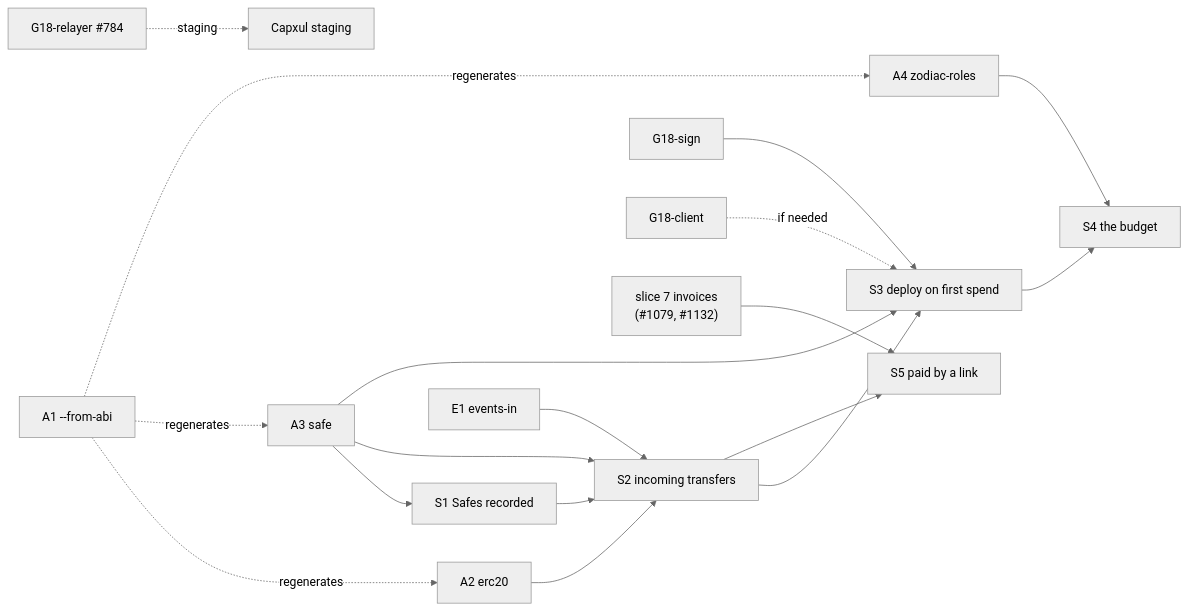
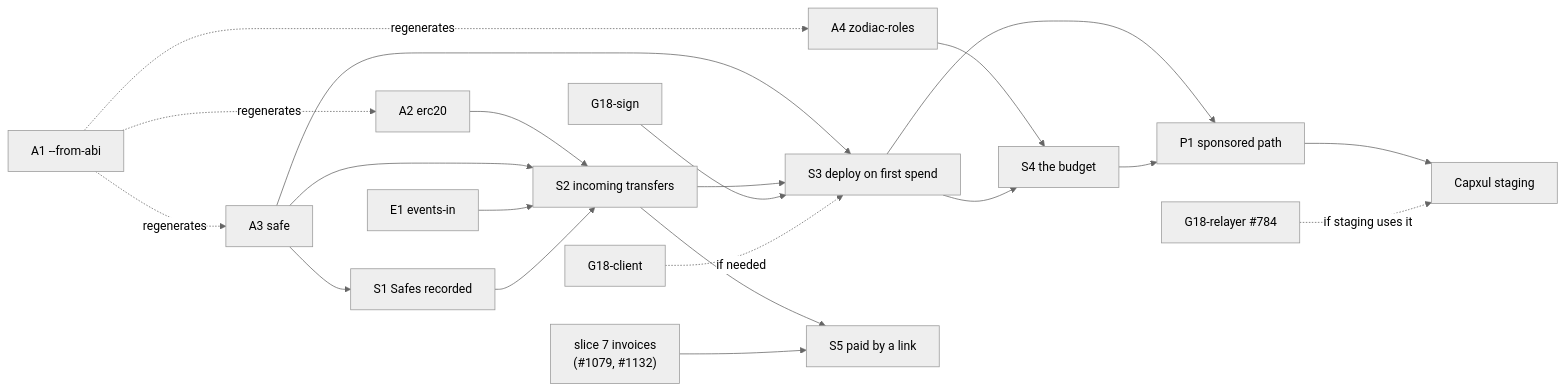
Before and after one commit to Open-Harness/architect: the diagram in design/decisions/CX-safe.md, drawn with Mermaid (neutral theme). The commit also changed other lines of this file and 4 other files, not shown here.

First line of the commit message:
CX-safe: production's sponsored 4337 path stands as CX-bridge-rails says (P1, #1174); the Payments copy as a stated exception; the status rows Goal 16 claims; citation and wording fixes

````diff
--- a/design/decisions/CX-safe.md
+++ b/design/decisions/CX-safe.md
@@ -292,22 +305,25 @@
 ```mermaid
 graph LR
   A1["A1 --from-abi"] -. regenerates .-> A2
   A1 -. regenerates .-> A3
   A1 -. regenerates .-> A4
   A2["A2 erc20"] --> S2
   A3["A3 safe"] --> S1
   A3 --> S2
   A3 --> S3
   A4["A4 zodiac-roles"] --> S4
   E1["E1 events-in"] --> S2
   S1["S1 Safes recorded"] --> S2
   S2["S2 incoming transfers"] --> S3
   S2 --> S5
   SIGN["G18-sign"] --> S3
   CLIENT["G18-client"] -.if needed.-> S3
   S3["S3 deploy on first spend"] --> S4
   S4["S4 the budget"]
   INV["slice 7 invoices<br/>(#1079, #1132)"] --> S5
   S5["S5 paid by a link"]
-  RELAY["G18-relayer #784"] -.staging.-> STG["Capxul staging"]
+  S3 --> P1["P1 sponsored path"]
+  S4 --> P1
+  P1 --> STG["Capxul staging"]
+  RELAY["G18-relayer #784"] -.if staging uses it.-> STG
 ```
````
